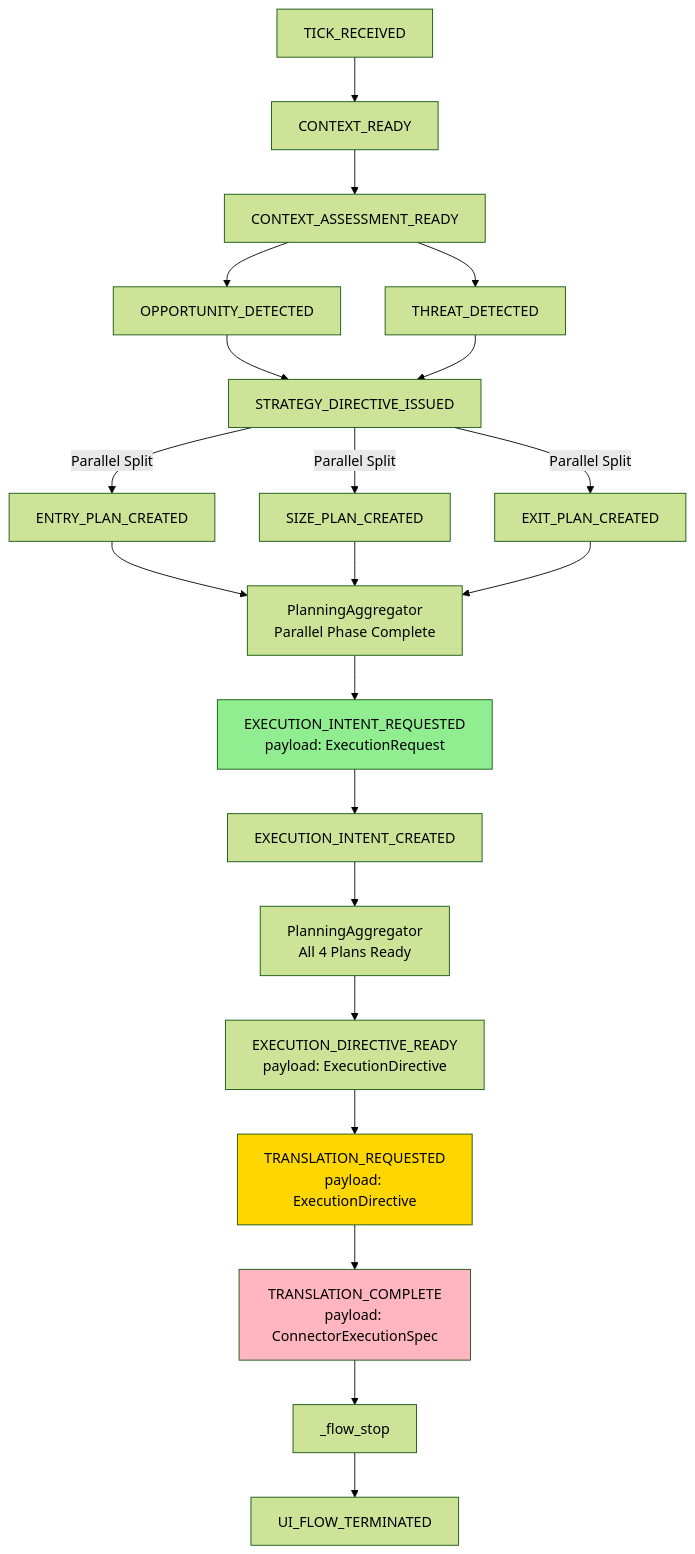
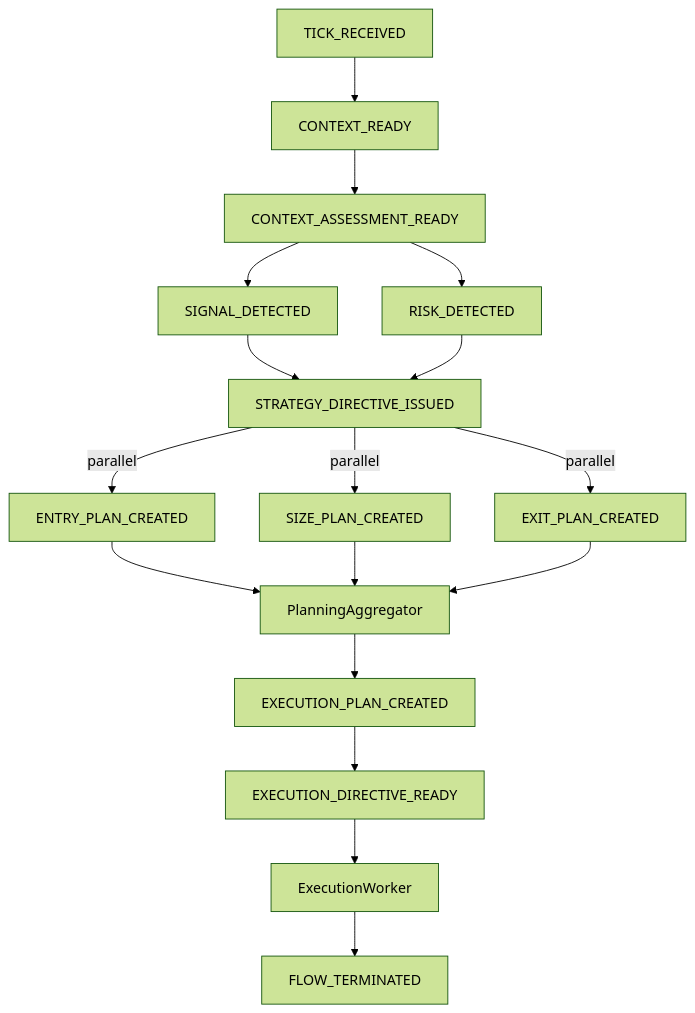
One commit to MikeyVK/S1mpleTraderV3 changed the second of 2 diagrams in docs/architecture/PIPELINE_FLOW.md. Above: the diagram before and after it, drawn with Mermaid (forest theme). The commit also changed other lines of this file and 2 other files, not shown here.

First line of the commit message:
docs: complete PIPELINE_FLOW.md rewrite (1778→481 lines)

````diff
--- a/docs/architecture/PIPELINE_FLOW.md
+++ b/docs/architecture/PIPELINE_FLOW.md
@@ -1469,38 +501,26 @@
 ```mermaid
 graph TD
     TR[TICK_RECEIVED] --> CR[CONTEXT_READY]
     CR --> CAR[CONTEXT_ASSESSMENT_READY]
     
-    CAR --> OD[OPPORTUNITY_DETECTED]
-    CAR --> TD[THREAT_DETECTED]
+    CAR --> SD[SIGNAL_DETECTED]
+    CAR --> RD[RISK_DETECTED]
     
-    OD --> SDI[STRATEGY_DIRECTIVE_ISSUED]
-    TD --> SDI
+    SD --> SDI[STRATEGY_DIRECTIVE_ISSUED]
+    RD --> SDI
     
-    SDI --> |Parallel Split| EPC[ENTRY_PLAN_CREATED]
-    SDI --> |Parallel Split| SPC[SIZE_PLAN_CREATED]
-    SDI --> |Parallel Split| XPC[EXIT_PLAN_CREATED]
+    SDI -->|parallel| EPC[ENTRY_PLAN_CREATED]
+    SDI -->|parallel| SPC[SIZE_PLAN_CREATED]
+    SDI -->|parallel| XPC[EXIT_PLAN_CREATED]
     
-    EPC --> PA1[PlanningAggregator<br/>Parallel Phase Complete]
-    SPC --> PA1
-    XPC --> PA1
+    EPC --> PA[PlanningAggregator]
+    SPC --> PA
+    XPC --> PA
     
-    PA1 --> EIR[EXECUTION_INTENT_REQUESTED<br/>payload: ExecutionRequest]
+    PA --> EPL[EXECUTION_PLAN_CREATED]
     
-    EIR --> EIC[EXECUTION_INTENT_CREATED]
+    EPL --> EDR[EXECUTION_DIRECTIVE_READY]
     
-    EIC --> PA2[PlanningAggregator<br/>All 4 Plans Ready]
-    
-    PA2 --> EDR[EXECUTION_DIRECTIVE_READY<br/>payload: ExecutionDirective]
-    
-    EDR --> TR_TRANS[TRANSLATION_REQUESTED<br/>payload: ExecutionDirective]
-    
-    TR_TRANS --> TR_COMP[TRANSLATION_COMPLETE<br/>payload: ConnectorExecutionSpec]
-    
-    TR_COMP --> FS[_flow_stop]
-    FS --> UFT[UI_FLOW_TERMINATED]
-    
-    style EIR fill:#90EE90
-    style TR_TRANS fill:#FFD700
-    style TR_COMP fill:#FFB6C1
+    EDR --> EW[ExecutionWorker]
+    EW --> FS[FLOW_TERMINATED]
 ```
````
